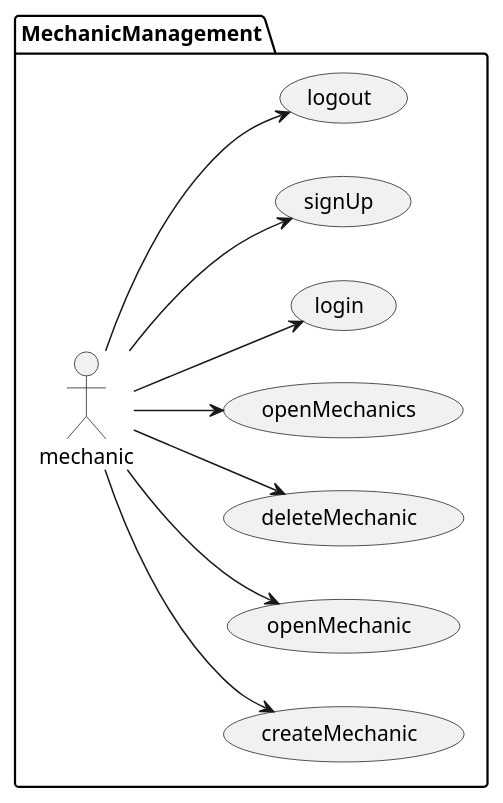
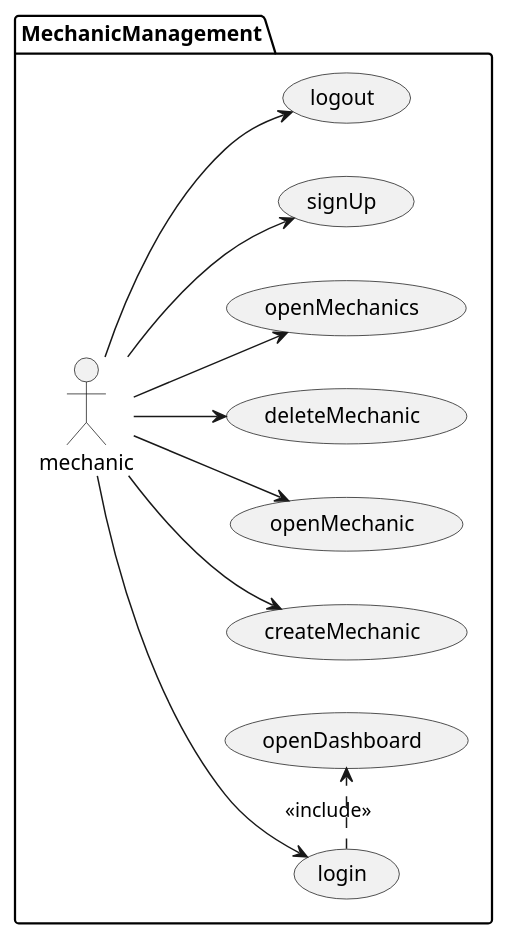
The diagram in documentation/1requiremets/usecases/puml/mechianicUsecases.puml (Ruskab/agrimManager), drawn with PlantUML before and after one commit. The commit also changed 8 other files, not shown here.

```diff
--- a/documentation/1requiremets/usecases/puml/mechianicUsecases.puml
+++ b/documentation/1requiremets/usecases/puml/mechianicUsecases.puml
@@ -1,14 +1,15 @@
 @startuml
 left to right direction
 
 package MechanicManagement {
 :mechanic: --> (createMechanic)
 :mechanic: --> (openMechanic)
 :mechanic: --> (deleteMechanic)
 :mechanic: --> (openMechanics)
 :mechanic: --> (login)
+    (login) .> (openDashboard) : <<include>>
 :mechanic: --> (signUp)
 :mechanic: --> (logout)
 }
 
 @enduml
```
